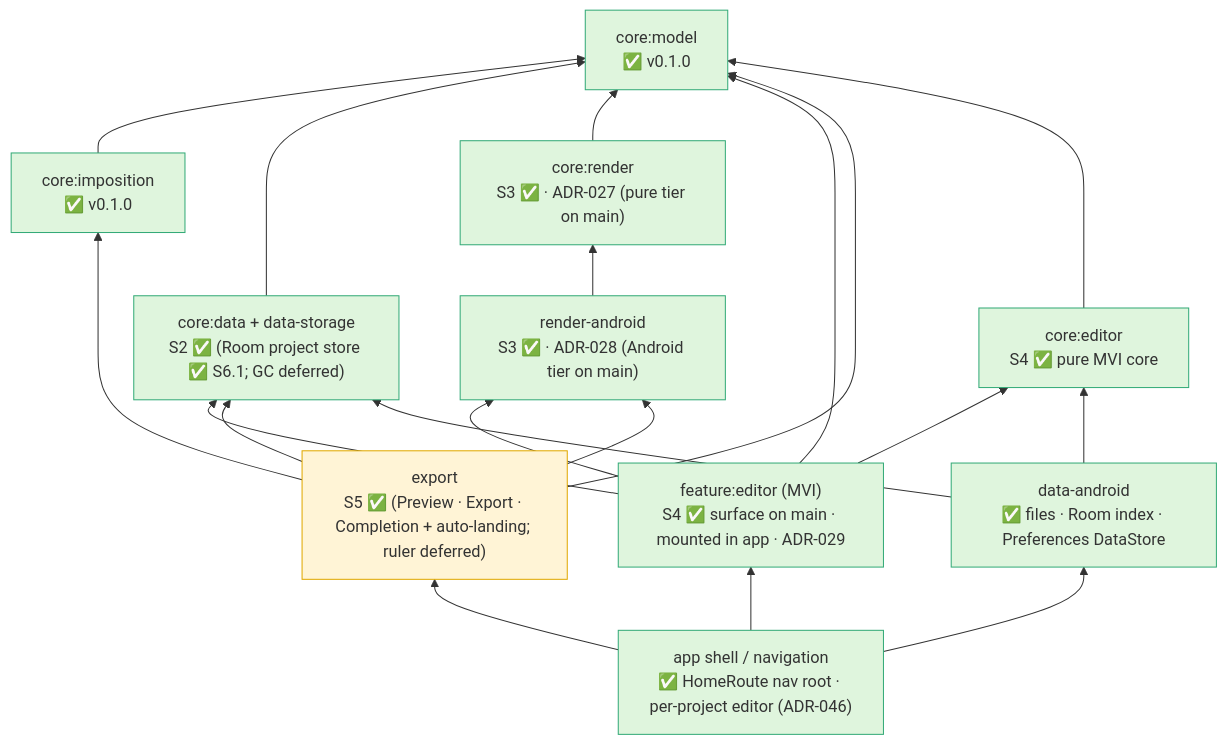
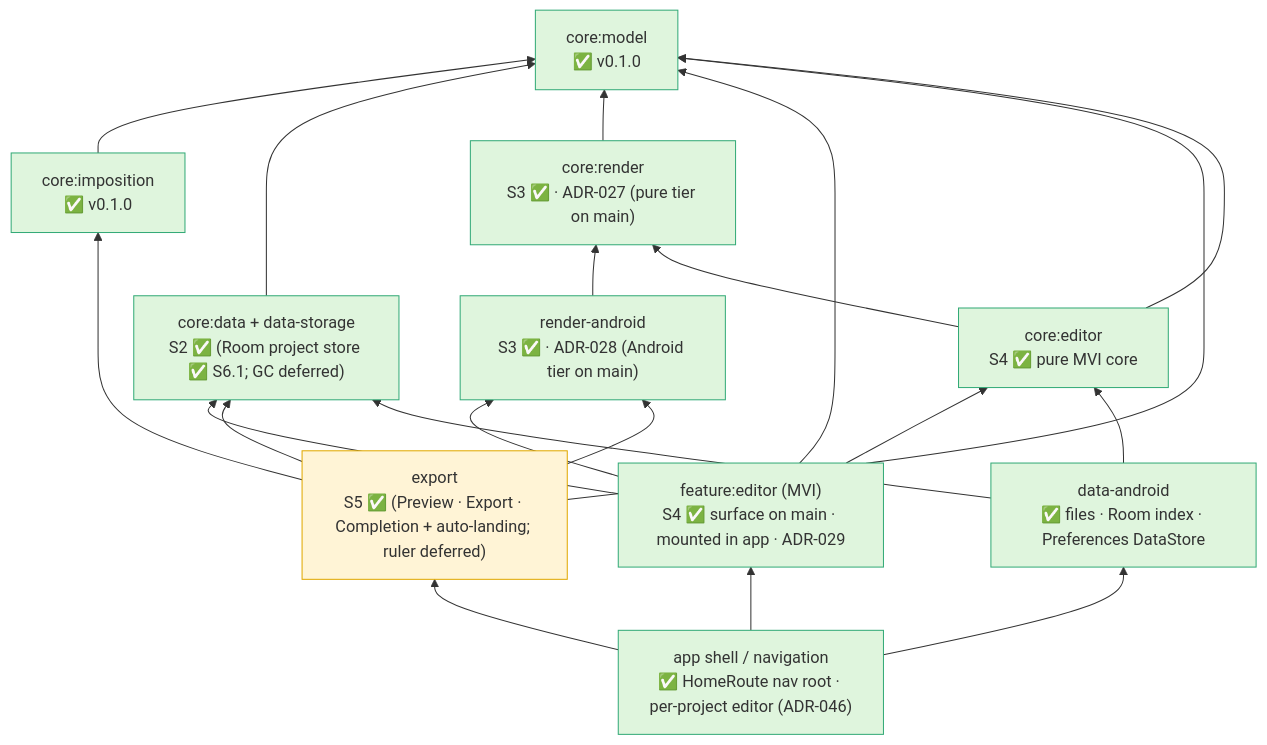
Before and after one commit to aritr-codes/zinely-android: the ninth of 10 diagrams in docs/ARCHITECTURE.md, drawn with Mermaid. The commit also changed 6 other files, not shown here.

````diff
--- a/docs/ARCHITECTURE.md
+++ b/docs/ARCHITECTURE.md
@@ -571,37 +571,38 @@
 ```mermaid
 flowchart BT
     model["core:model<br/>✅ v0.1.0"]
     imp["core:imposition<br/>✅ v0.1.0"]
     data["core:data + data-storage<br/>S2 ✅ (Room project store ✅ S6.1; GC deferred)"]
     render["core:render<br/>S3 ✅ · ADR-027 (pure tier on main)"]
     ra["render-android<br/>S3 ✅ · ADR-028 (Android tier on main)"]
     editor["feature:editor (MVI)<br/>S4 ✅ surface on main · mounted in app · ADR-029"]
     export["export<br/>S5 ✅ (Preview · Export · Completion + auto-landing; ruler deferred)"]
     app["app shell / navigation<br/>✅ HomeRoute nav root · per-project editor (ADR-046)"]
     coreed["core:editor<br/>S4 ✅ pure MVI core"]
     da["data-android<br/>✅ files · Room index · Preferences DataStore"]
 
     imp --> model
     data --> model
     render --> model
     ra --> render
     editor --> model
     editor --> data
     editor --> ra
     export --> model
     export --> imp
     export --> ra
     export --> data
     app --> editor
     app --> export
     editor --> coreed
     coreed --> model
+    coreed --> render
     da --> data
     da --> coreed
     app --> da
 
     classDef done fill:#dff5dd,stroke:#3a7;
     classDef next fill:#fff4d6,stroke:#e0a800;
     class model,imp,data,render,ra,editor,app,coreed,da done;
     class export next;
 ```
````
